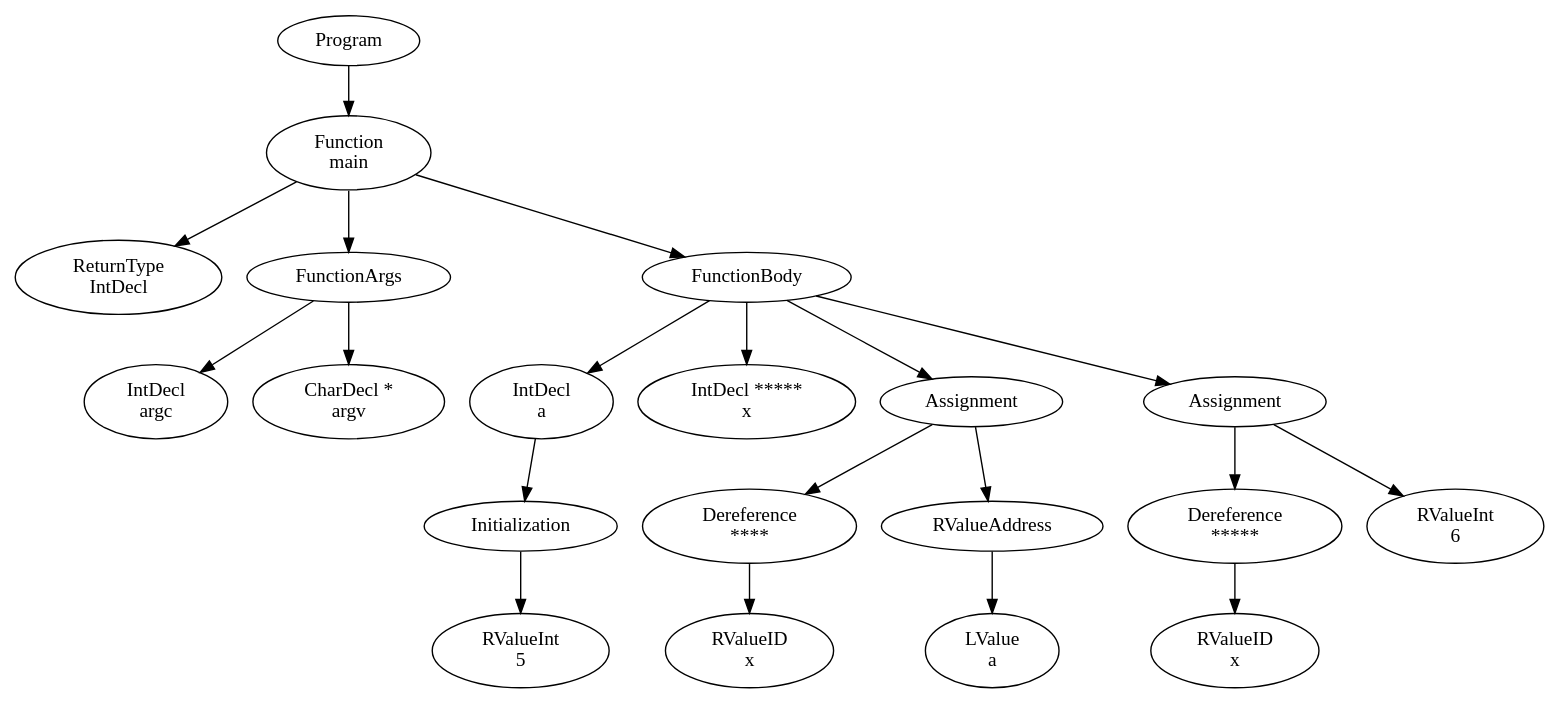
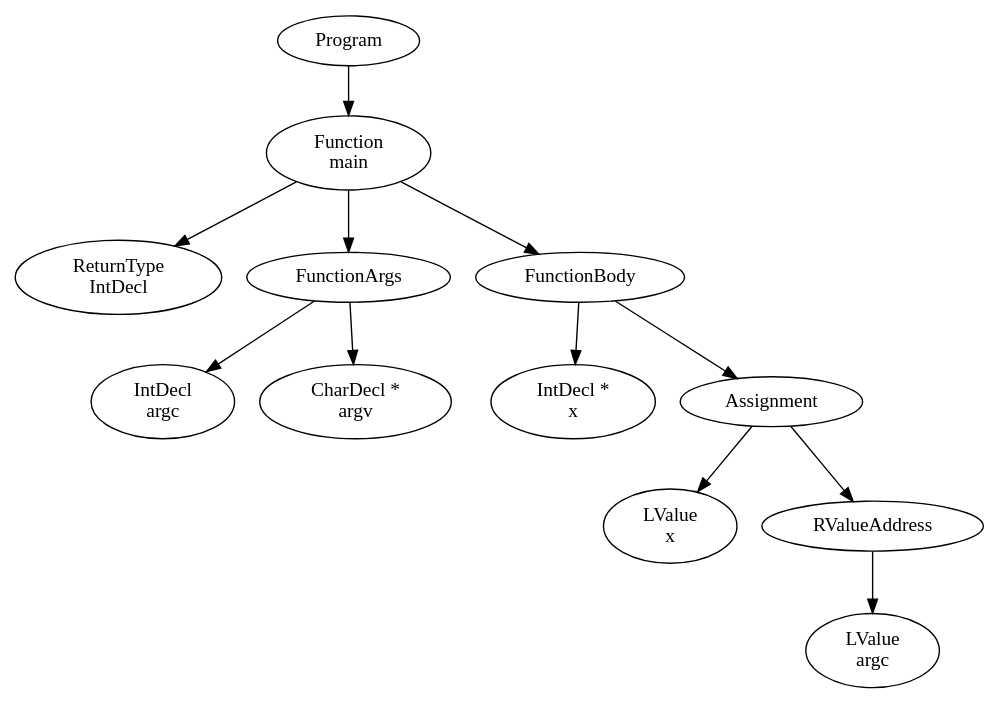
Before and after one commit to FedericoQuin/Compilers: the diagram in official/res/solutions/pointer.dot, drawn with Graphviz. The commit also changed 18 other files, not shown here.

```diff
--- a/official/res/solutions/pointer.dot
+++ b/official/res/solutions/pointer.dot
@@ -1,41 +1,25 @@
 digraph AST {
 1 [label="Program"];
 2 [label="Function \nmain"];
 3 [label="ReturnType \nIntDecl"];
 4 [label="FunctionArgs"];
 5 [label="IntDecl \nargc"];
 6 [label="CharDecl * \nargv"];
 4 -> 5;
 4 -> 6;
 7 [label="FunctionBody"];
-8 [label="IntDecl \na"];
-9 [label="Initialization"];
-10 [label="RValueInt \n5"];
+8 [label="IntDecl * \nx"];
+9 [label="Assignment"];
+10 [label="LValue \nx"];
+11 [label="RValueAddress"];
+12 [label="LValue \nargc"];
+11 -> 12;
 9 -> 10;
-8 -> 9;
-11 [label="IntDecl ***** \nx"];
-12 [label="Assignment"];
-13 [label="Dereference \n****"];
-14 [label="RValueID \nx"];
-13 -> 14;
-15 [label="RValueAddress"];
-16 [label="LValue \na"];
-15 -> 16;
-12 -> 13;
-12 -> 15;
-17 [label="Assignment"];
-18 [label="Dereference \n*****"];
-19 [label="RValueID \nx"];
-18 -> 19;
-20 [label="RValueInt \n6"];
-17 -> 18;
-17 -> 20;
+9 -> 11;
 7 -> 8;
-7 -> 11;
-7 -> 12;
-7 -> 17;
+7 -> 9;
 2 -> 3;
 2 -> 4;
 2 -> 7;
 1 -> 2;
 }
```
